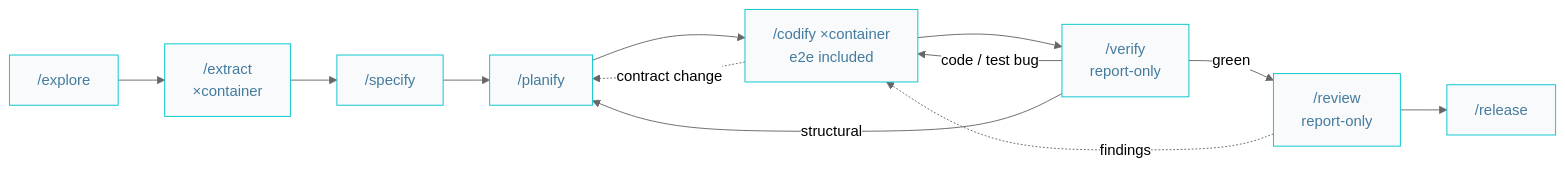
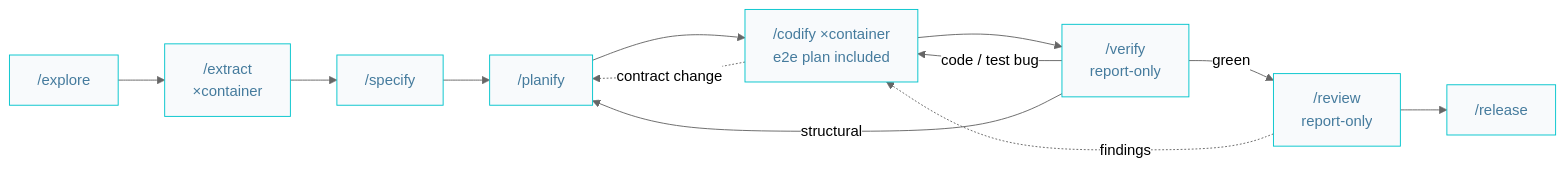
One commit to AIDDbot/AIDDbot changed the third of 9 diagrams in docs/AIDD.workflow.md. Above: the diagram before and after it, drawn with Mermaid (neutral theme). The commit also changed other lines of this file and 15 other files, not shown here.

````diff
--- a/docs/AIDD.workflow.md
+++ b/docs/AIDD.workflow.md
@@ -58,17 +59,17 @@
 ```mermaid
 flowchart LR
   classDef nd fill:#f8fafc,stroke:#00c4cc,color:#457b9d
 
   EXP["/explore"]:::nd --> EXT["/extract<br/>×container"]:::nd
   EXT --> SPC["/specify"]:::nd
   SPC --> PLN["/planify"]:::nd
-  PLN --> COD["/codify ×container<br/>e2e included"]:::nd
+  PLN --> COD["/codify ×container<br/>e2e plan included"]:::nd
   COD --> VER["/verify<br/>report-only"]:::nd
   VER -->|green| REV["/review<br/>report-only"]:::nd
   REV --> REL["/release"]:::nd
 
   VER -->|code / test bug| COD
   VER -->|structural| PLN
   REV -.findings.-> COD
   COD -.contract change.-> PLN
 ```
````
